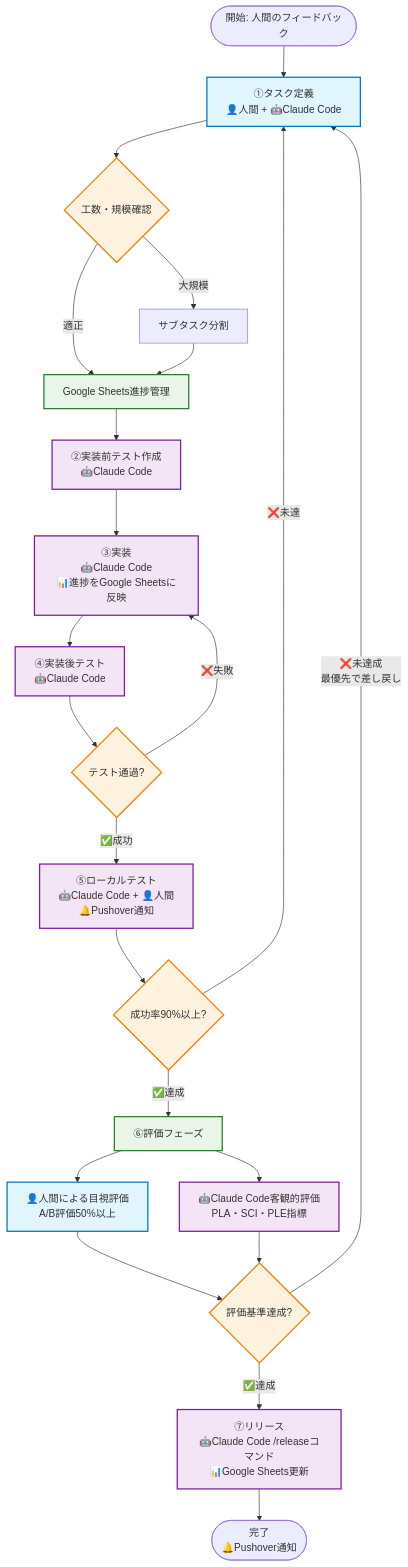
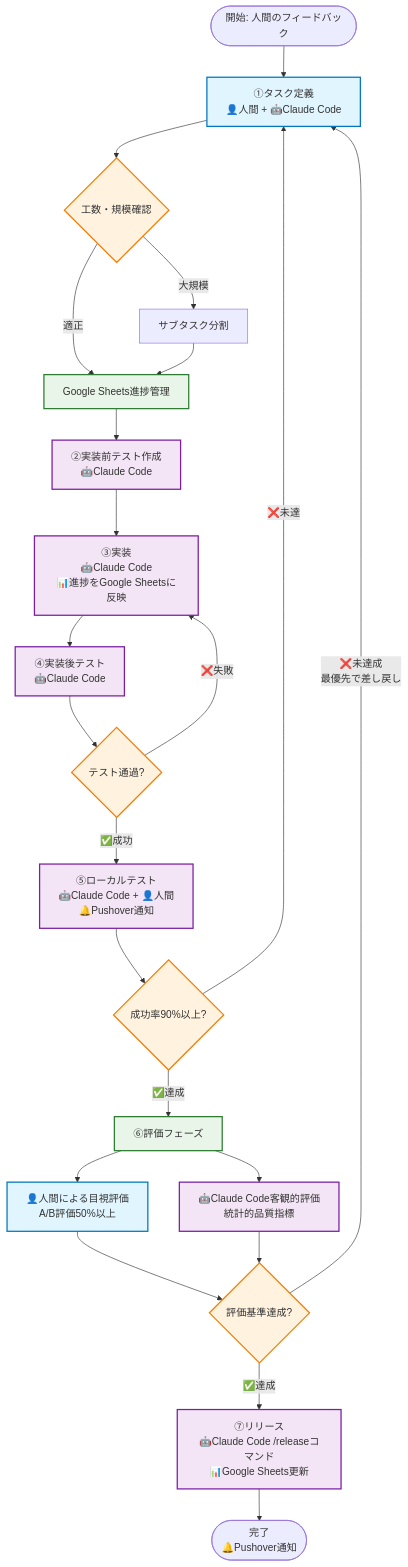
The diagram in docs/workflows/README.md (miyashita337/segment-anything), drawn with Mermaid before and after one commit. The commit also changed other lines of this file and 2 other files, not shown here.

First line of the commit message:
docs: PR#39コメント対応 - OPTETETETETETETET→P1修正, PLA/SCI/PLE→統計指標更新

````diff
--- a/docs/workflows/README.md
+++ b/docs/workflows/README.md
@@ -13,37 +13,37 @@
 ```mermaid
 flowchart TB
     Start([開始: 人間のフィードバック]) --> Issue[①タスク定義<br/>👤人間 + 🤖Claude Code]
     Issue --> Check{工数・規模確認}
     Check -->|大規模| SubIssue[サブタスク分割]
     Check -->|適正| Priority[Google Sheets進捗管理]
     SubIssue --> Priority
     Priority --> TestFirst[②実装前テスト作成<br/>🤖Claude Code]
     TestFirst --> Impl[③実装<br/>🤖Claude Code<br/>📊進捗をGoogle Sheetsに反映]
     Impl --> TestAfter[④実装後テスト<br/>🤖Claude Code]
     TestAfter --> TestPass{テスト通過?}
     TestPass -->|❌失敗| Impl
     TestPass -->|✅成功| LocalTest[⑤ローカルテスト<br/>🤖Claude Code + 👤人間<br/>🔔Pushover通知]
     LocalTest --> Success{成功率90%以上?}
     Success -->|❌未達| Issue
     Success -->|✅達成| Evaluation[⑥評価フェーズ]
 
-    Evaluation --> AutoEval[🤖Claude Code客観的評価<br/>PLA・SCI・PLE指標]
+    Evaluation --> AutoEval[🤖Claude Code客観的評価<br/>統計的品質指標]
     Evaluation --> HumanEval[👤人間による目視評価<br/>A/B評価50%以上]
 
     HumanEval --> EvalPass{評価基準達成?}
     AutoEval --> EvalPass
     EvalPass -->|❌未達成<br/>最優先で差し戻し| Issue
     EvalPass -->|✅達成| Release[⑦リリース<br/>🤖Claude Code /releaseコマンド<br/>📊Google Sheets更新]
     Release --> End([完了<br/>🔔Pushover通知])
 
     %% スタイル定義
     classDef humanTask fill:#e1f5fe,stroke:#0277bd,stroke-width:2px
     classDef claudeTask fill:#f3e5f5,stroke:#7b1fa2,stroke-width:2px
     classDef sheetsTask fill:#e8f5e8,stroke:#2e7d32,stroke-width:2px
     classDef decision fill:#fff3e0,stroke:#f57c00,stroke-width:2px
 
     class Issue,HumanEval humanTask
     class TestFirst,Impl,TestAfter,LocalTest,AutoEval,Release claudeTask
     class Priority,Evaluation sheetsTask
     class Check,TestPass,Success,EvalPass decision
 ```
````
